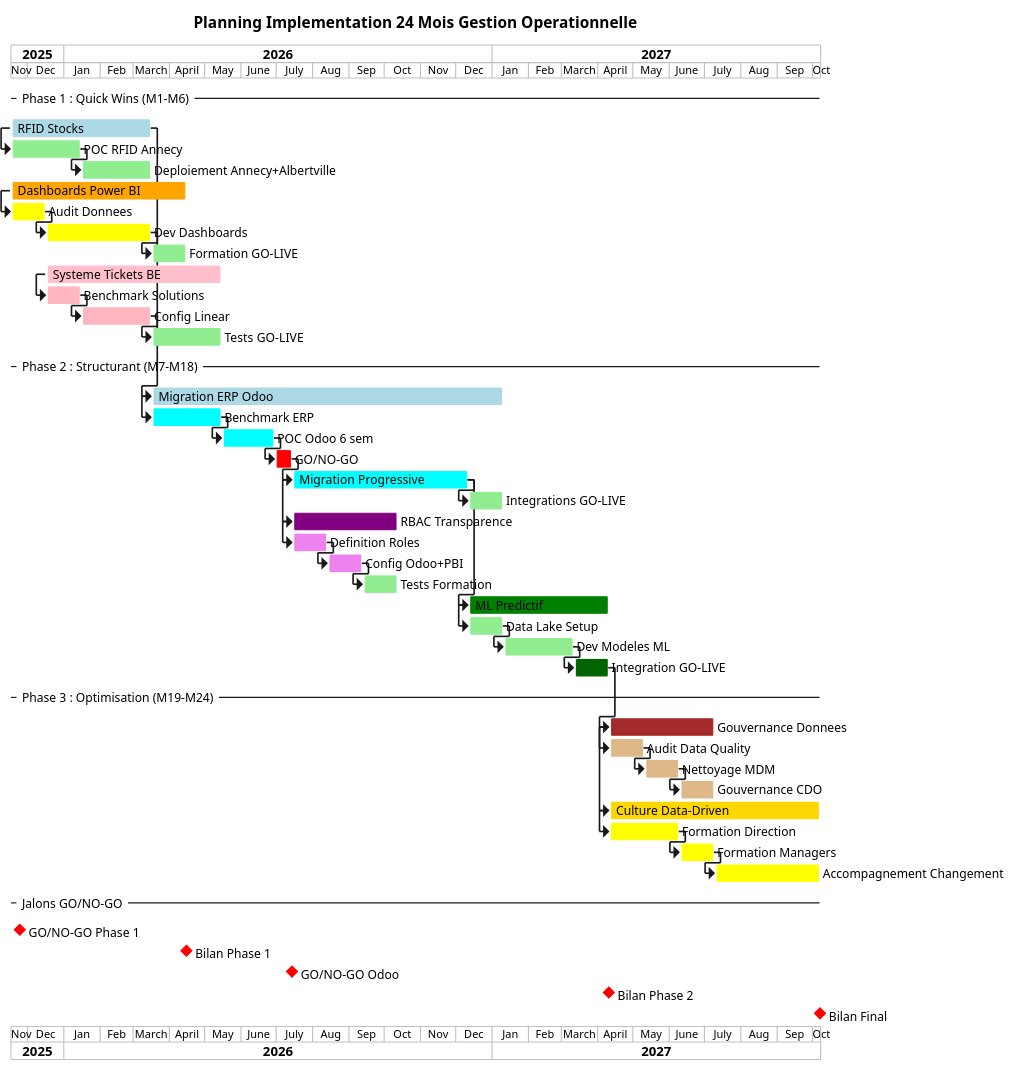
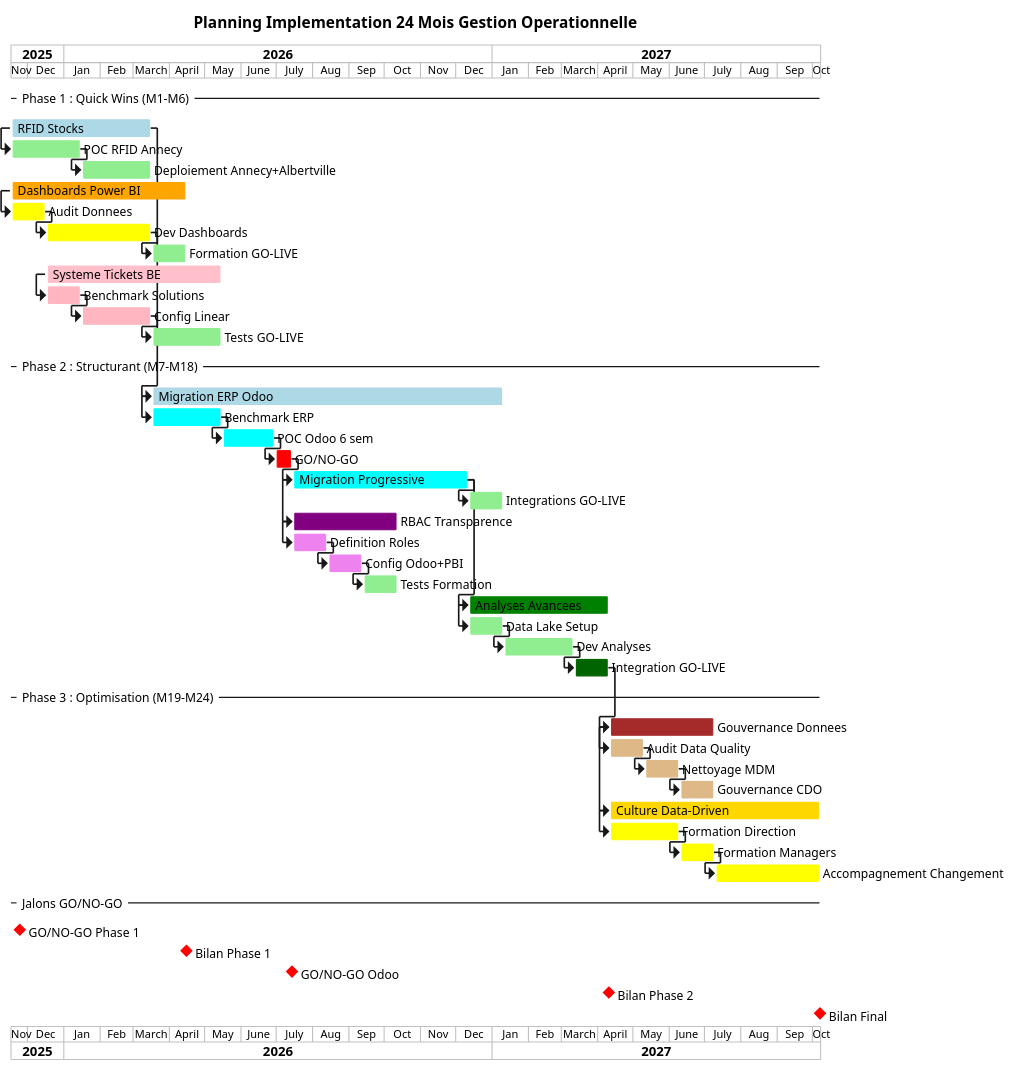
The diagram in Gestion-Operationnelle/uml/11_gantt_planning.puml (JordanSerafini/Audit_Duret), drawn with PlantUML before and after one commit. The commit also changed 4 other files, not shown here.

```diff
--- a/Gestion-Operationnelle/uml/11_gantt_planning.puml
+++ b/Gestion-Operationnelle/uml/11_gantt_planning.puml
@@ -1,89 +1,89 @@
 @startgantt Gantt_Planning_Implementation
 
 title Planning Implementation 24 Mois Gestion Operationnelle
 
 printscale monthly
 
 project starts 2025-11-17
 
 -- Phase 1 : Quick Wins (M1-M6) --
 
 [RFID Stocks] as [RFID] lasts 120 days and is colored in LightBlue
 [RFID] starts 2025-11-17
 
 [POC RFID Annecy] as [RFIDPOC] lasts 60 days and is colored in LightGreen and starts at [RFID]'s start
 [Deploiement Annecy+Albertville] as [RFIDDeploy] lasts 60 days and is colored in LightGreen and starts at [RFIDPOC]'s end
 
 [Dashboards Power BI] as [PBI] lasts 150 days and is colored in Orange
 [PBI] starts 2025-11-17
 
 [Audit Donnees] as [PBIAudit] lasts 30 days and is colored in Yellow and starts at [PBI]'s start
 [Dev Dashboards] as [PBIDev] lasts 90 days and is colored in Yellow and starts at [PBIAudit]'s end
 [Formation GO-LIVE] as [PBIGL] lasts 30 days and is colored in LightGreen and starts at [PBIDev]'s end
 
 [Systeme Tickets BE] as [Tickets] lasts 150 days and is colored in Pink
 [Tickets] starts 2025-12-17
 
 [Benchmark Solutions] as [TicketsBench] lasts 30 days and is colored in LightPink and starts at [Tickets]'s start
 [Config Linear] as [TicketsConfig] lasts 60 days and is colored in LightPink and starts at [TicketsBench]'s end
 [Tests GO-LIVE] as [TicketsGL] lasts 60 days and is colored in LightGreen and starts at [TicketsConfig]'s end
 
 -- Phase 2 : Structurant (M7-M18) --
 
 [Migration ERP Odoo] as [Odoo] lasts 300 days and is colored in LightBlue
 [Odoo] starts at [RFID]'s end
 
 [Benchmark ERP] as [OdooBench] lasts 60 days and is colored in Cyan and starts at [Odoo]'s start
 [POC Odoo 6 sem] as [OdooPOC] lasts 45 days and is colored in Cyan and starts at [OdooBench]'s end
 [GO/NO-GO] as [OdooGO] lasts 15 days and is colored in Red and starts at [OdooPOC]'s end
 [Migration Progressive] as [OdooMigr] lasts 150 days and is colored in Cyan and starts at [OdooGO]'s end
 [Integrations GO-LIVE] as [OdooGL] lasts 30 days and is colored in LightGreen and starts at [OdooMigr]'s end
 
 [RBAC Transparence] as [RBAC] lasts 90 days and is colored in Purple
 [RBAC] starts at [OdooMigr]'s start
 
 [Definition Roles] as [RBACDef] lasts 30 days and is colored in Violet and starts at [RBAC]'s start
 [Config Odoo+PBI] as [RBACConfig] lasts 30 days and is colored in Violet and starts at [RBACDef]'s end
 [Tests Formation] as [RBACGL] lasts 30 days and is colored in LightGreen and starts at [RBACConfig]'s end
 
-[ML Predictif] as [ML] lasts 120 days and is colored in Green
+[Analyses Avancees] as [ML] lasts 120 days and is colored in Green
 [ML] starts at [OdooMigr]'s end
 
 [Data Lake Setup] as [MLSetup] lasts 30 days and is colored in LightGreen and starts at [ML]'s start
-[Dev Modeles ML] as [MLDev] lasts 60 days and is colored in LightGreen and starts at [MLSetup]'s end
+[Dev Analyses] as [MLDev] lasts 60 days and is colored in LightGreen and starts at [MLSetup]'s end
 [Integration GO-LIVE] as [MLGL] lasts 30 days and is colored in DarkGreen and starts at [MLDev]'s end
 
 -- Phase 3 : Optimisation (M19-M24) --
 
 [Gouvernance Donnees] as [Gov] lasts 90 days and is colored in Brown
 [Gov] starts at [MLGL]'s end
 
 [Audit Data Quality] as [GovAudit] lasts 30 days and is colored in BurlyWood and starts at [Gov]'s start
 [Nettoyage MDM] as [GovClean] lasts 30 days and is colored in BurlyWood and starts at [GovAudit]'s end
 [Gouvernance CDO] as [GovCDO] lasts 30 days and is colored in BurlyWood and starts at [GovClean]'s end
 
 [Culture Data-Driven] as [Culture] lasts 180 days and is colored in Gold
 [Culture] starts at [Gov]'s start
 
 [Formation Direction] as [CultureDir] lasts 60 days and is colored in Yellow and starts at [Culture]'s start
 [Formation Managers] as [CultureMgr] lasts 30 days and is colored in Yellow and starts at [CultureDir]'s end
 [Accompagnement Changement] as [CultureAcc] lasts 90 days and is colored in Yellow and starts at [CultureMgr]'s end
 
 -- Jalons GO/NO-GO --
 
 [GO/NO-GO Phase 1] as [Jalon1] happens at 2025-11-24
 [Jalon1] is colored in Red
 
 [Bilan Phase 1] as [Jalon2] happens at [PBIGL]'s end
 [Jalon2] is colored in Red
 
 [GO/NO-GO Odoo] as [Jalon3] happens at [OdooGO]'s end
 [Jalon3] is colored in Red
 
 [Bilan Phase 2] as [Jalon4] happens at [MLGL]'s end
 [Jalon4] is colored in Red
 
 [Bilan Final] as [Jalon5] happens at [CultureAcc]'s end
 [Jalon5] is colored in Red
 
 @endgantt
```
